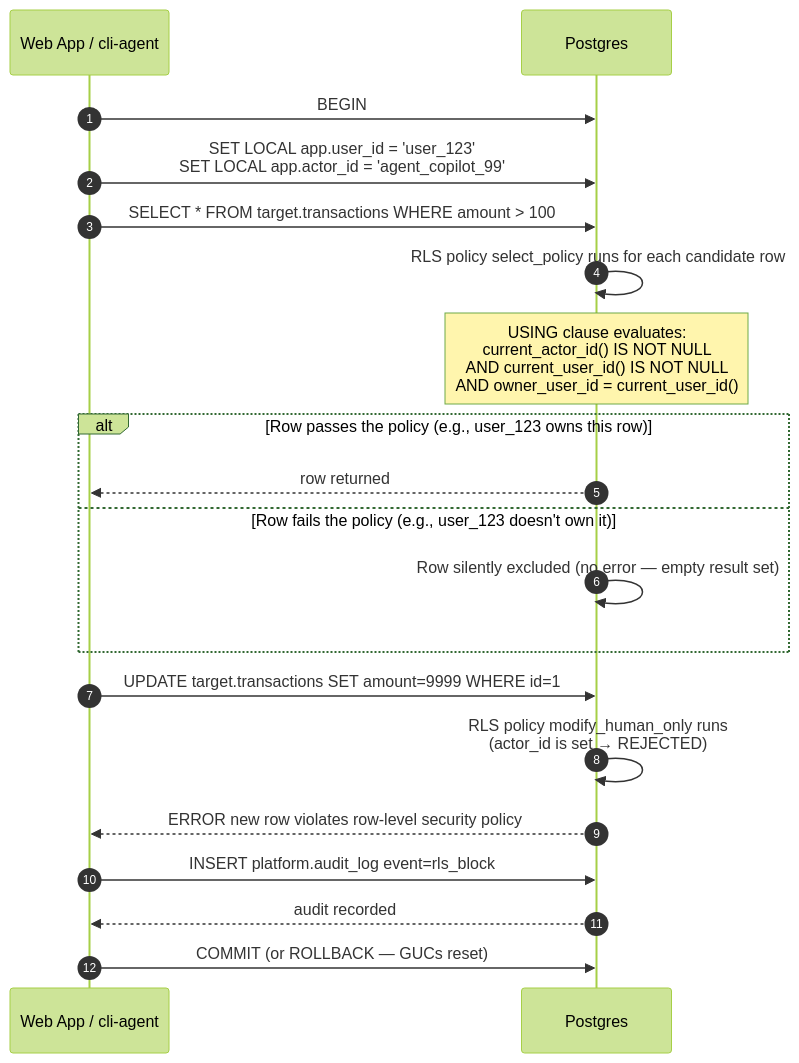
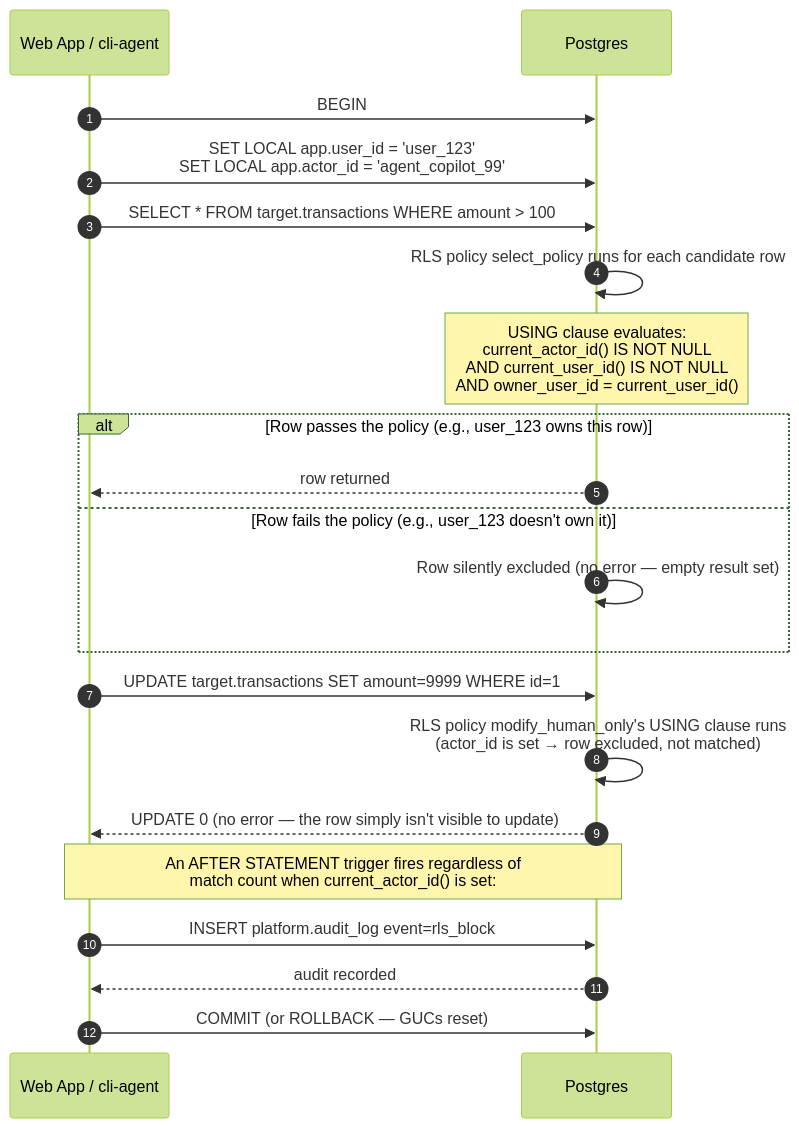
The seventh of 9 diagrams in docs/ARCHITECTURE.md (theRealMarkCastillo/identity-demo), drawn with Mermaid (forest theme) before and after one commit. The commit also changed other lines of this file and 7 other files, not shown here.

````diff
--- a/docs/ARCHITECTURE.md
+++ b/docs/ARCHITECTURE.md
@@ -736,23 +779,24 @@
 ```mermaid
 sequenceDiagram
     autonumber
     participant W as Web App / cli-agent
     participant DB as Postgres
 
     W->>DB: BEGIN
     W->>DB: SET LOCAL app.user_id = 'user_123'<br/>SET LOCAL app.actor_id = 'agent_copilot_99'
     W->>DB: SELECT * FROM target.transactions WHERE amount > 100
     DB->>DB: RLS policy select_policy runs for each candidate row
     Note over DB: USING clause evaluates:<br/>current_actor_id() IS NOT NULL<br/>AND current_user_id() IS NOT NULL<br/>AND owner_user_id = current_user_id()
     alt Row passes the policy (e.g., user_123 owns this row)
         DB-->>W: row returned
     else Row fails the policy (e.g., user_123 doesn't own it)
         DB->>DB: Row silently excluded (no error — empty result set)
     end
     W->>DB: UPDATE target.transactions SET amount=9999 WHERE id=1
-    DB->>DB: RLS policy modify_human_only runs<br/>(actor_id is set → REJECTED)
-    DB-->>W: ERROR new row violates row-level security policy
+    DB->>DB: RLS policy modify_human_only's USING clause runs<br/>(actor_id is set → row excluded, not matched)
+    DB-->>W: UPDATE 0 (no error — the row simply isn't visible to update)
+    Note over W,DB: An AFTER STATEMENT trigger fires regardless of<br/>match count when current_actor_id() is set:
     W->>DB: INSERT platform.audit_log event=rls_block
     DB-->>W: audit recorded
     W->>DB: COMMIT (or ROLLBACK — GUCs reset)
 ```
````
